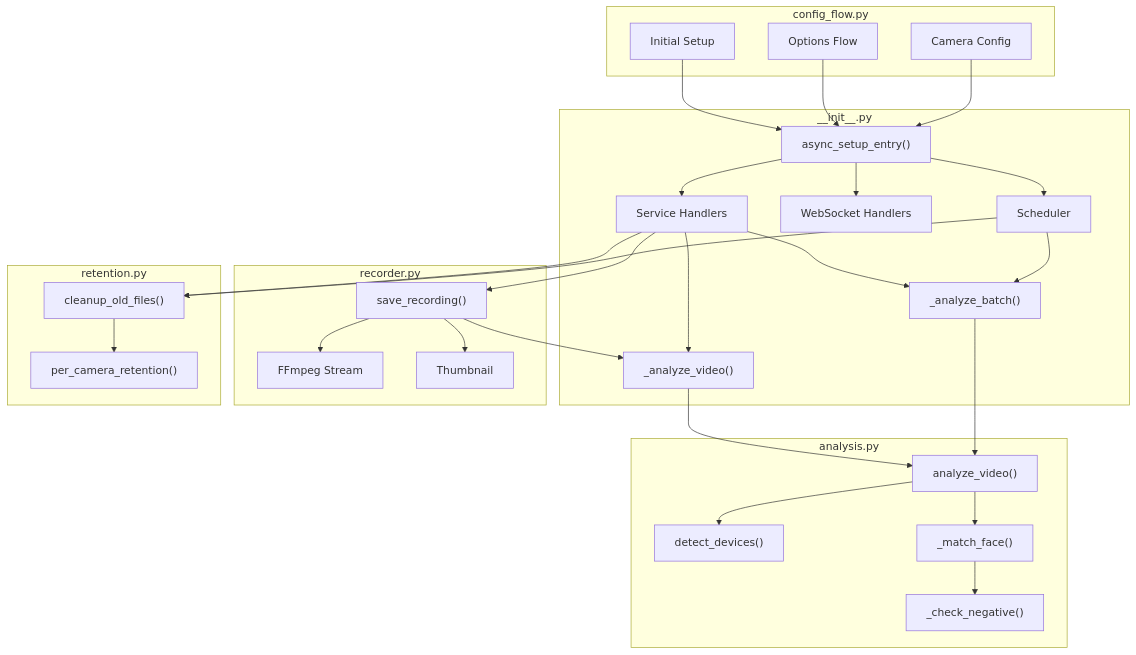
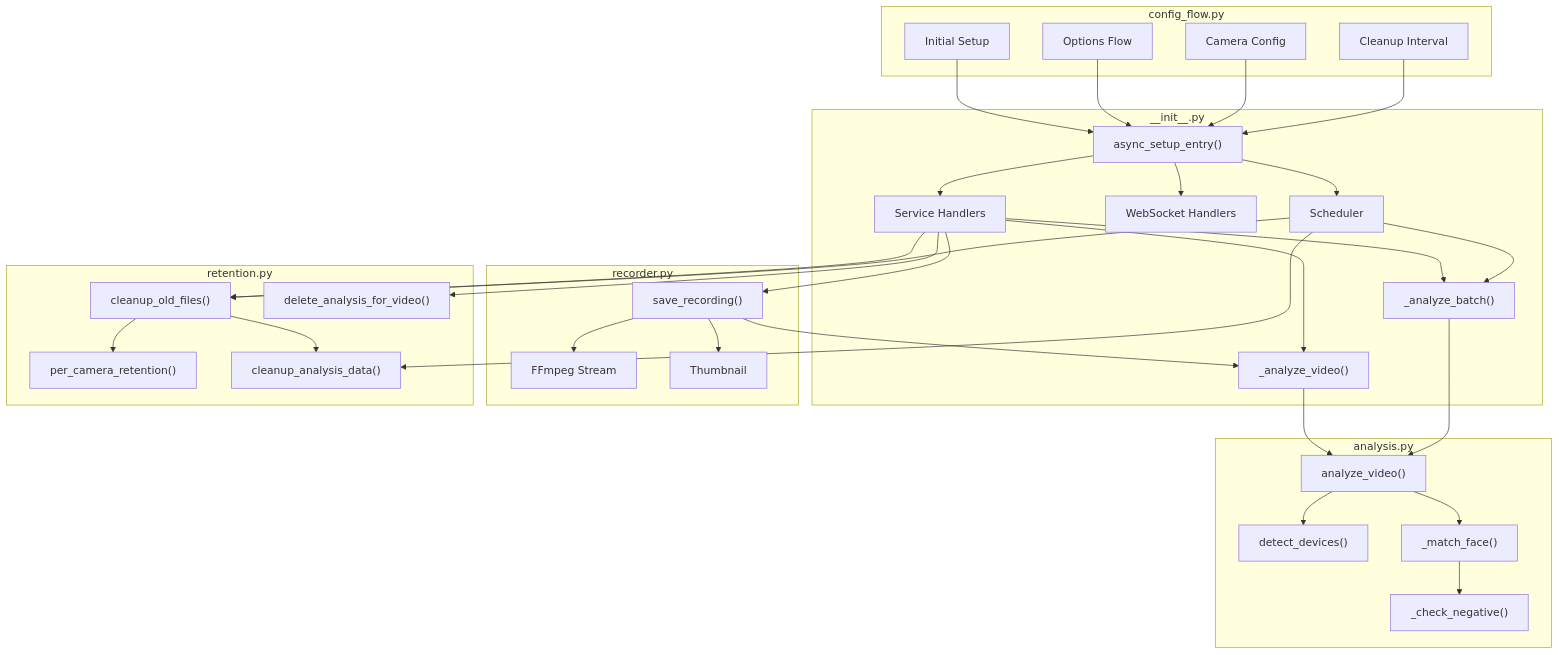
The sixth of 8 diagrams in README.md (brainAThome/Opening_RTSP-Recorder), drawn with Mermaid before and after one commit. The commit also changed other lines of this file and 28 other files, not shown here.

First line of the commit message:
Release v1.1.0k BETA - Analysis Cleanup & Configurable Retention

````diff
--- a/README.md
+++ b/README.md
@@ -272,64 +396,71 @@
 ```mermaid
 flowchart TB
     subgraph ConfigFlow["config_flow.py"]
         CF_INIT["Initial Setup"]
         CF_OPT["Options Flow"]
         CF_CAM["Camera Config"]
+        CF_CLEANUP["Cleanup Interval"]
     end
     
     subgraph Init["__init__.py"]
         SETUP["async_setup_entry()"]
         SERVICES["Service Handlers"]
         WS["WebSocket Handlers"]
         ANALYZE["_analyze_video()"]
         BATCH["_analyze_batch()"]
         SCHEDULE["Scheduler"]
     end
     
     subgraph Recorder["recorder.py"]
         SAVE["save_recording()"]
         STREAM["FFmpeg Stream"]
         THUMB["Thumbnail"]
     end
     
     subgraph Analysis["analysis.py"]
         DEVICES["detect_devices()"]
         ANALYZE_VID["analyze_video()"]
         FACE_MATCH["_match_face()"]
         NEG_CHECK["_check_negative()"]
     end
     
     subgraph Retention["retention.py"]
         CLEANUP["cleanup_old_files()"]
         PER_CAM["per_camera_retention()"]
+        ANALYSIS_CLEAN["cleanup_analysis_data()"]
+        DELETE_ANALYSIS["delete_analysis_for_video()"]
     end
     
     CF_INIT --> SETUP
     CF_OPT --> SETUP
     CF_CAM --> SETUP
+    CF_CLEANUP --> SETUP
     
     SETUP --> SERVICES
     SETUP --> WS
     SETUP --> SCHEDULE
     
     SERVICES --> SAVE
     SERVICES --> ANALYZE
     SERVICES --> BATCH
     SERVICES --> CLEANUP
+    SERVICES --> DELETE_ANALYSIS
     
     SCHEDULE --> BATCH
     SCHEDULE --> CLEANUP
+    SCHEDULE --> ANALYSIS_CLEAN
     
     SAVE --> STREAM
     SAVE --> THUMB
     SAVE --> ANALYZE
     
     ANALYZE --> ANALYZE_VID
     BATCH --> ANALYZE_VID
     
     ANALYZE_VID --> DEVICES
     ANALYZE_VID --> FACE_MATCH
     FACE_MATCH --> NEG_CHECK
     
     CLEANUP --> PER_CAM
+    CLEANUP --> ANALYSIS_CLEAN
 ```
````
